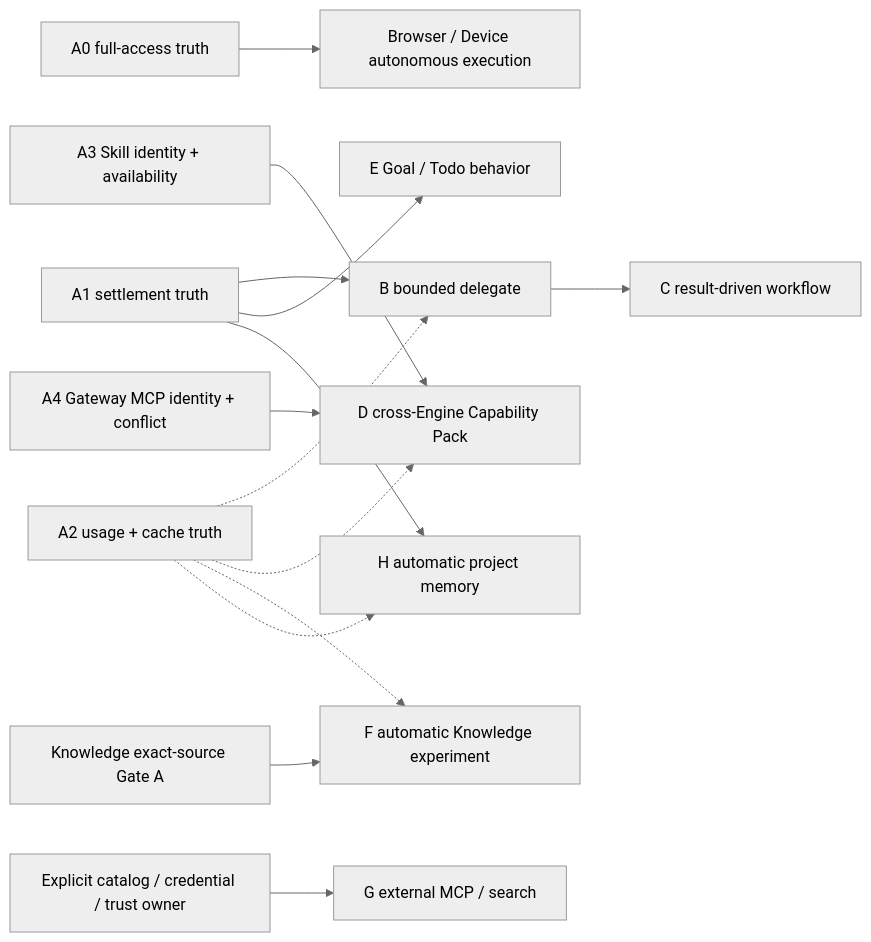
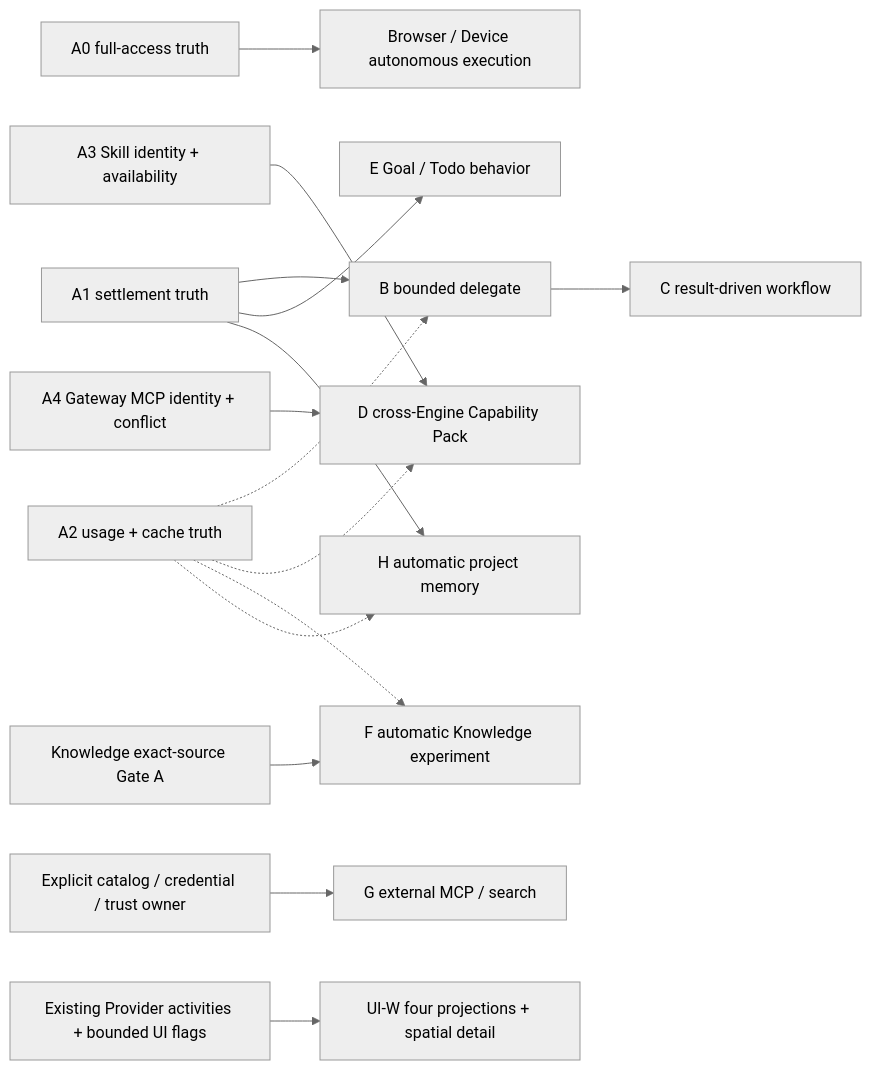
The diagram in research/omnimind-agent-core-execution-guide.md (piai-lab/Haros), drawn with Mermaid (neutral theme) before and after one commit. The commit also changed other lines of this file and 6 other files, not shown here.

````diff
--- a/research/omnimind-agent-core-execution-guide.md
+++ b/research/omnimind-agent-core-execution-guide.md
@@ -188,15 +189,16 @@
 ```mermaid
 flowchart LR
   A0["A0 full-access truth"] --> Host["Browser / Device autonomous execution"]
   A1["A1 settlement truth"] --> B["B bounded delegate"] --> C["C result-driven workflow"]
   A1 --> E["E Goal / Todo behavior"]
   A3["A3 Skill identity + availability"] --> D["D cross-Engine Capability Pack"]
   A4["A4 Gateway MCP identity + conflict"] --> D
   IntakeF["Knowledge exact-source Gate A"] --> F["F automatic Knowledge experiment"]
   OwnerG["Explicit catalog / credential / trust owner"] --> G["G external MCP / search"]
   A1 --> H["H automatic project memory"]
   A2["A2 usage + cache truth"] -.-> B
   A2 -.-> D
   A2 -.-> F
   A2 -.-> H
+  ExistingW["Existing Provider activities + bounded UI flags"] --> UIW["UI-W four projections + spatial detail"]
 ```
````
